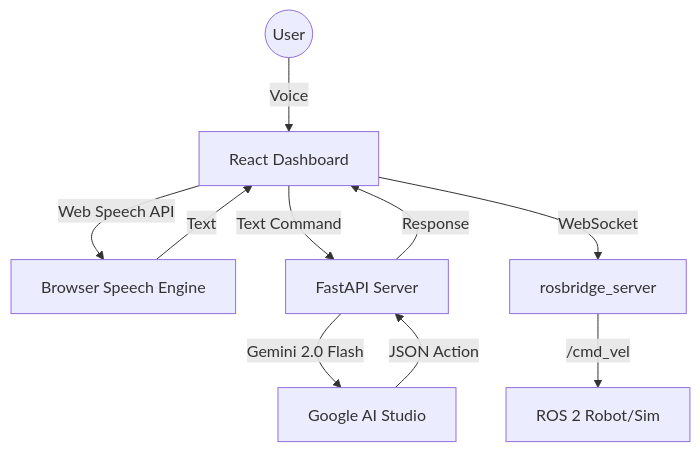
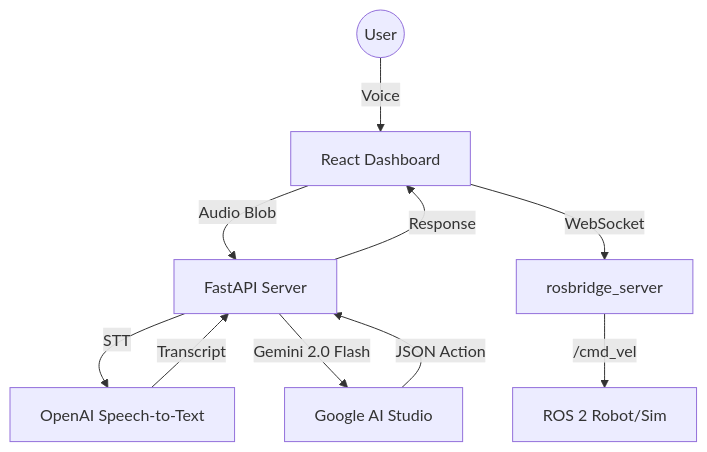
The diagram in README.md (howdoiusekeyboard/ros2_navigation_project), drawn with Mermaid before and after one commit. The commit also changed other lines of this file and 47 other files, not shown here.

First line of the commit message:
Add real robot navigation support and OpenAI STT integration

````diff
--- a/README.md
+++ b/README.md
@@ -23,12 +23,12 @@
 ```mermaid
 graph TD
     User((User)) -->|Voice| Frontend[React Dashboard]
-    Frontend -->|Web Speech API| Browser[Browser Speech Engine]
-    Browser -->|Text| Frontend
-    Frontend -->|Text Command| Backend[FastAPI Server]
+    Frontend -->|Audio Blob| Backend[FastAPI Server]
+    Backend -->|STT| OpenAI[OpenAI Speech-to-Text]
+    OpenAI -->|Transcript| Backend
     Backend -->|Gemini 2.0 Flash| AI[Google AI Studio]
     AI -->|JSON Action| Backend
     Backend -->|Response| Frontend
     Frontend -->|WebSocket| Bridge[rosbridge_server]
     Bridge -->|/cmd_vel| Robot[ROS 2 Robot/Sim]
 ```
````
